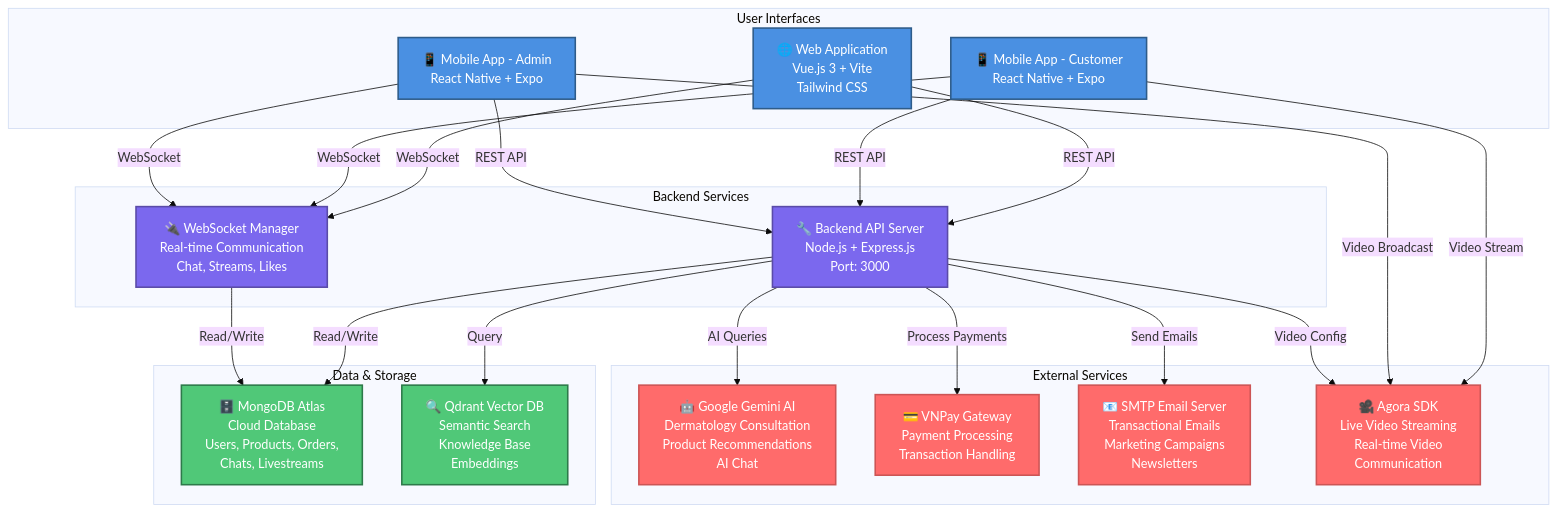
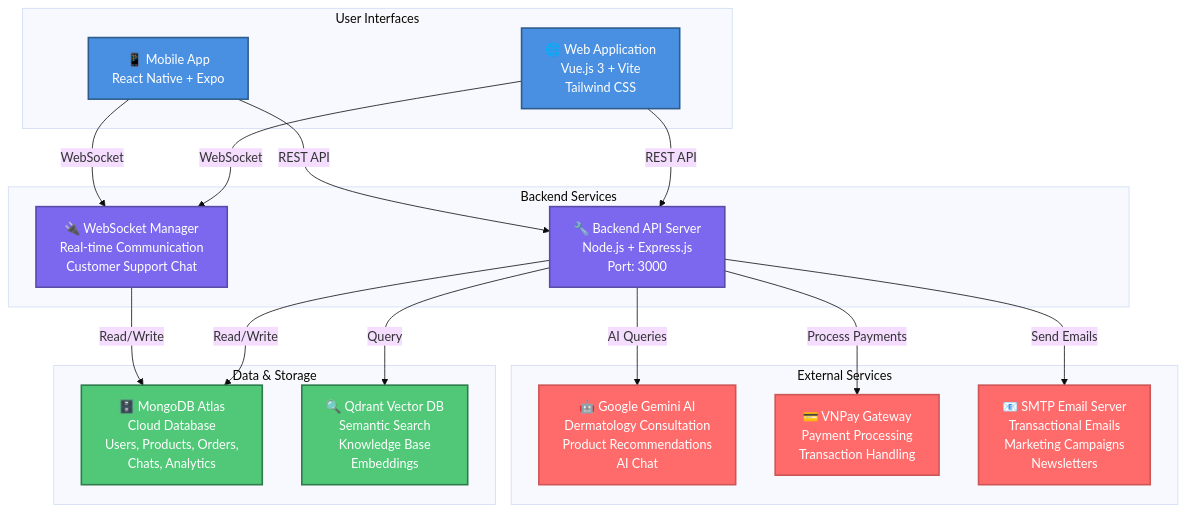
The diagram in CONTAINER_DIAGRAM_LEVEL_2.md (Truc4p/final-year-project), drawn with Mermaid (base theme) before and after one commit. The commit also changed other lines of this file and 4 other files, not shown here.

````diff
--- a/CONTAINER_DIAGRAM_LEVEL_2.md
+++ b/CONTAINER_DIAGRAM_LEVEL_2.md
@@ -5,61 +5,52 @@
 ```mermaid
 graph TB
     subgraph "User Interfaces"
         WEB["🌐 Web Application<br/>Vue.js 3 + Vite<br/>Tailwind CSS"]
-        MOBILE_CUST["📱 Mobile App - Customer<br/>React Native + Expo"]
-        MOBILE_ADMIN["📱 Mobile App - Admin<br/>React Native + Expo"]
+        MOBILE["📱 Mobile App<br/>React Native + Expo"]
     end
 
     subgraph "Backend Services"
         API["🔧 Backend API Server<br/>Node.js + Express.js<br/>Port: 3000"]
-        WS["🔌 WebSocket Manager<br/>Real-time Communication<br/>Chat, Streams, Likes"]
+        WS["🔌 WebSocket Manager<br/>Real-time Communication<br/>Customer Support Chat"]
     end
 
     subgraph "Data & Storage"
-        MONGO["🗄️ MongoDB Atlas<br/>Cloud Database<br/>Users, Products, Orders,<br/>Chats, Livestreams"]
+        MONGO["🗄️ MongoDB Atlas<br/>Cloud Database<br/>Users, Products, Orders,<br/>Chats, Analytics"]
         VECTOR["🔍 Qdrant Vector DB<br/>Semantic Search<br/>Knowledge Base<br/>Embeddings"]
     end
 
     subgraph "External Services"
         GEMINI["🤖 Google Gemini AI<br/>Dermatology Consultation<br/>Product Recommendations<br/>AI Chat"]
         VNPAY["💳 VNPay Gateway<br/>Payment Processing<br/>Transaction Handling"]
         SMTP["📧 SMTP Email Server<br/>Transactional Emails<br/>Marketing Campaigns<br/>Newsletters"]
-        AGORA["🎥 Agora SDK<br/>Live Video Streaming<br/>Real-time Video<br/>Communication"]
     end
 
     %% Web Application Connections
     WEB -->|REST API| API
     WEB -->|WebSocket| WS
 
     %% Mobile Customer Connections
-    MOBILE_CUST -->|REST API| API
-    MOBILE_CUST -->|WebSocket| WS
-    MOBILE_CUST -->|Video Stream| AGORA
-
-    %% Mobile Admin Connections
-    MOBILE_ADMIN -->|REST API| API
-    MOBILE_ADMIN -->|WebSocket| WS
-    MOBILE_ADMIN -->|Video Broadcast| AGORA
+    MOBILE -->|REST API| API
+    MOBILE -->|WebSocket| WS
 
     %% Backend to Data Storage
     API -->|Read/Write| MONGO
     API -->|Query| VECTOR
     WS -->|Read/Write| MONGO
 
     %% Backend to External Services
     API -->|AI Queries| GEMINI
     API -->|Process Payments| VNPAY
     API -->|Send Emails| SMTP
-    API -->|Video Config| AGORA
 
     %% Styling
     classDef ui fill:#4A90E2,stroke:#2E5C8A,stroke-width:2px,color:#fff
     classDef backend fill:#7B68EE,stroke:#5A4BA8,stroke-width:2px,color:#fff
     classDef storage fill:#50C878,stroke:#2D7A4A,stroke-width:2px,color:#fff
     classDef external fill:#FF6B6B,stroke:#CC5555,stroke-width:2px,color:#fff
 
-    class WEB,MOBILE_CUST,MOBILE_ADMIN ui
+    class WEB,MOBILE ui
     class API,WS backend
     class MONGO,VECTOR storage
-    class GEMINI,VNPAY,SMTP,AGORA external
+    class GEMINI,VNPAY,SMTP external
 ```
````
